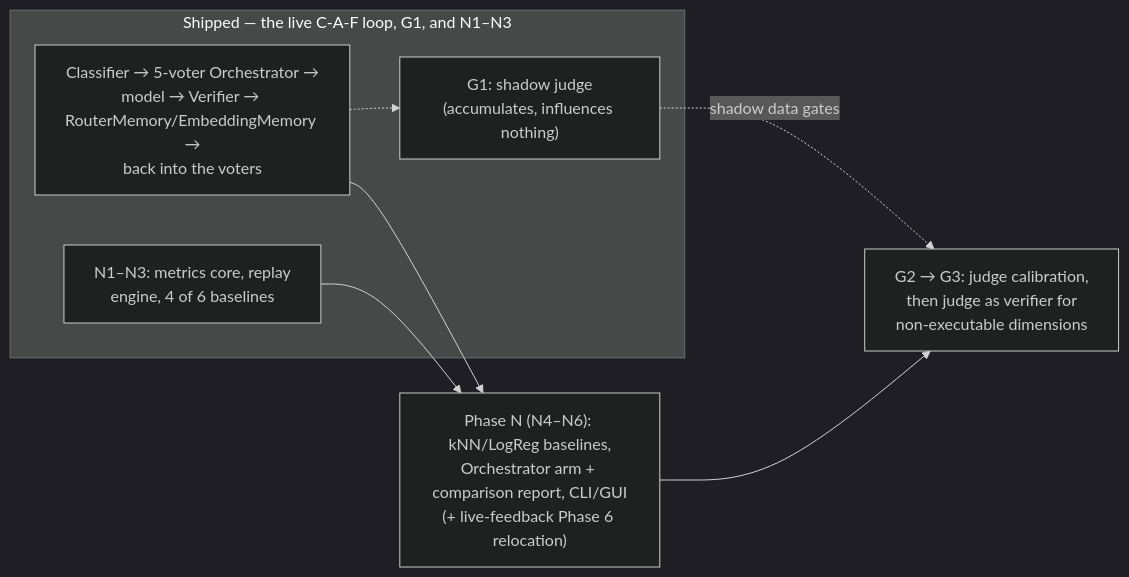
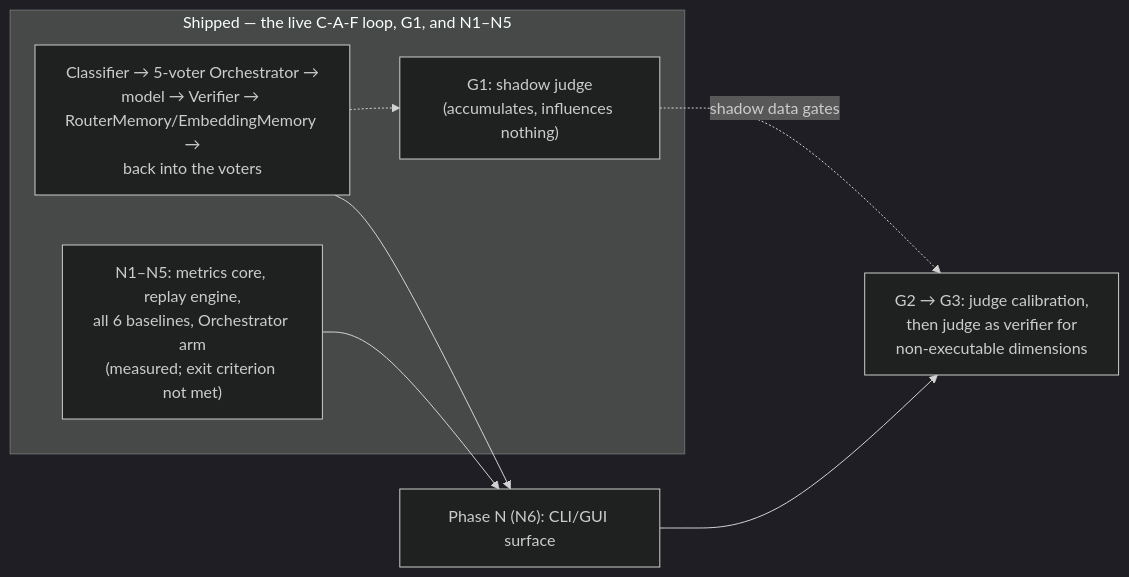
One commit to davidpizon/TotallyHot-ArcRouter changed the diagram in src/PLAN.md. Above: the diagram before and after it, drawn with Mermaid (dark theme). The commit also changed other lines of this file and 45 other files, not shown here.

````diff
--- a/src/PLAN.md
+++ b/src/PLAN.md
@@ -112,16 +121,16 @@
 ```mermaid
 flowchart LR
-    subgraph shipped["Shipped — the live C-A-F loop, G1, and N1–N3"]
+    subgraph shipped["Shipped — the live C-A-F loop, G1, and N1–N5"]
         LOOP["Classifier → 5-voter Orchestrator →<br/>model → Verifier → RouterMemory/EmbeddingMemory →<br/>back into the voters"]
         G1["G1: shadow judge<br/>(accumulates, influences nothing)"]
-        N13["N1–N3: metrics core, replay<br/>engine, 4 of 6 baselines"]
+        N15["N1–N5: metrics core, replay engine,<br/>all 6 baselines, Orchestrator arm<br/>(measured; exit criterion not met)"]
         LOOP -.-> G1
     end
 
-    N["Phase N (N4–N6): kNN/LogReg baselines,<br/>Orchestrator arm + comparison report, CLI/GUI<br/>(+ live-feedback Phase 6 relocation)"]
+    N["Phase N (N6): CLI/GUI surface"]
     G23["G2 → G3: judge calibration,<br/>then judge as verifier for<br/>non-executable dimensions"]
 
     LOOP --> N --> G23
-    N13 --> N
+    N15 --> N
     G1 -.->|"shadow data gates"| G23
 ```
````
